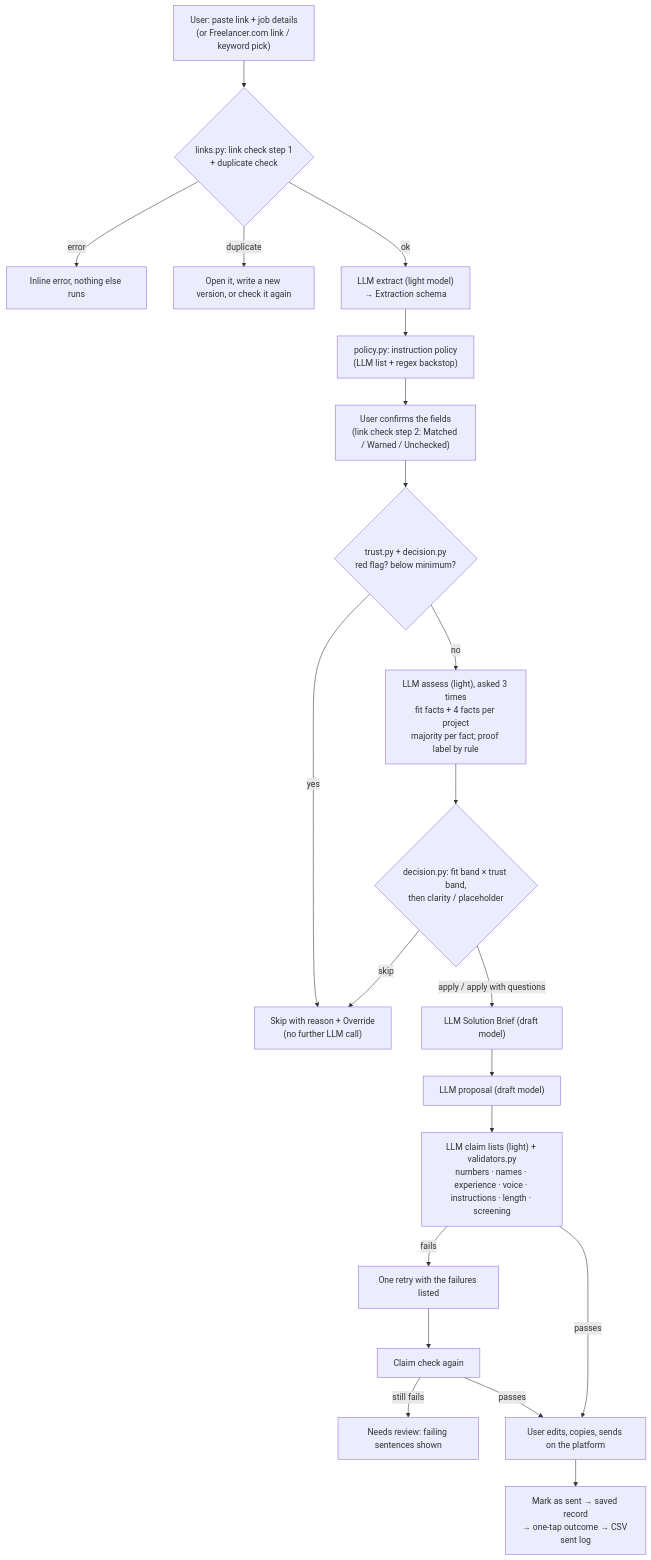
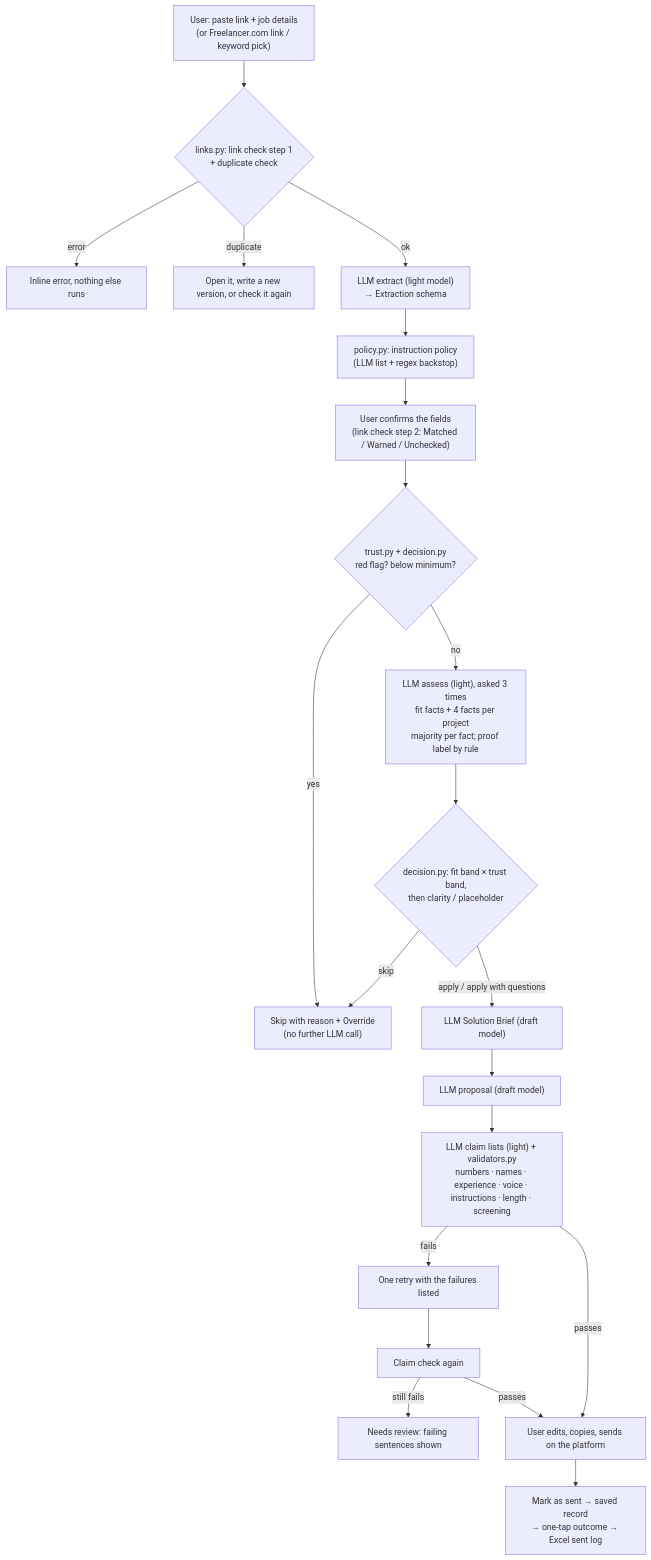
The diagram in docs/architecture.md (Anam-Sale-em/Proposals_Quest), drawn with Mermaid before and after one commit. The commit also changed 11 other files, not shown here.

Commit message:
Sent log as Excel with readable dates and % edited

````diff
--- a/docs/architecture.md
+++ b/docs/architecture.md
@@ -7,23 +7,23 @@
 ```mermaid
 flowchart TD
     A["User: paste link + job details<br/>(or Freelancer.com link / keyword pick)"] --> B{"links.py: link check step 1<br/>+ duplicate check"}
     B -- "error" --> X1["Inline error, nothing else runs"]
     B -- "duplicate" --> X2["Open it, write a new version, or check it again"]
     B -- "ok" --> C["LLM extract (light model)<br/>→ Extraction schema"]
     C --> P["policy.py: instruction policy<br/>(LLM list + regex backstop)"]
     P --> D["User confirms the fields<br/>(link check step 2: Matched / Warned / Unchecked)"]
     D --> E{"trust.py + decision.py<br/>red flag? below minimum?"}
     E -- "yes" --> X3["Skip with reason + Override<br/>(no further LLM call)"]
     E -- "no" --> F["LLM assess (light), asked 3 times<br/>fit facts + 4 facts per project<br/>majority per fact; proof label by rule"]
     F --> G{"decision.py: fit band × trust band,<br/>then clarity / placeholder"}
     G -- "skip" --> X3
     G -- "apply / apply with questions" --> H["LLM Solution Brief (draft model)"]
     H --> I["LLM proposal (draft model)"]
     I --> J["LLM claim lists (light) + validators.py<br/>numbers · names · experience · voice · instructions · length · screening"]
     J -- "fails" --> K["One retry with the failures listed"]
     K --> J2["Claim check again"]
     J2 -- "still fails" --> X4["Needs review: failing sentences shown"]
     J -- "passes" --> L["User edits, copies, sends on the platform"]
     J2 -- "passes" --> L
-    L --> M["Mark as sent → saved record<br/>→ one-tap outcome → CSV sent log"]
+    L --> M["Mark as sent → saved record<br/>→ one-tap outcome → Excel sent log"]
 ```
````
